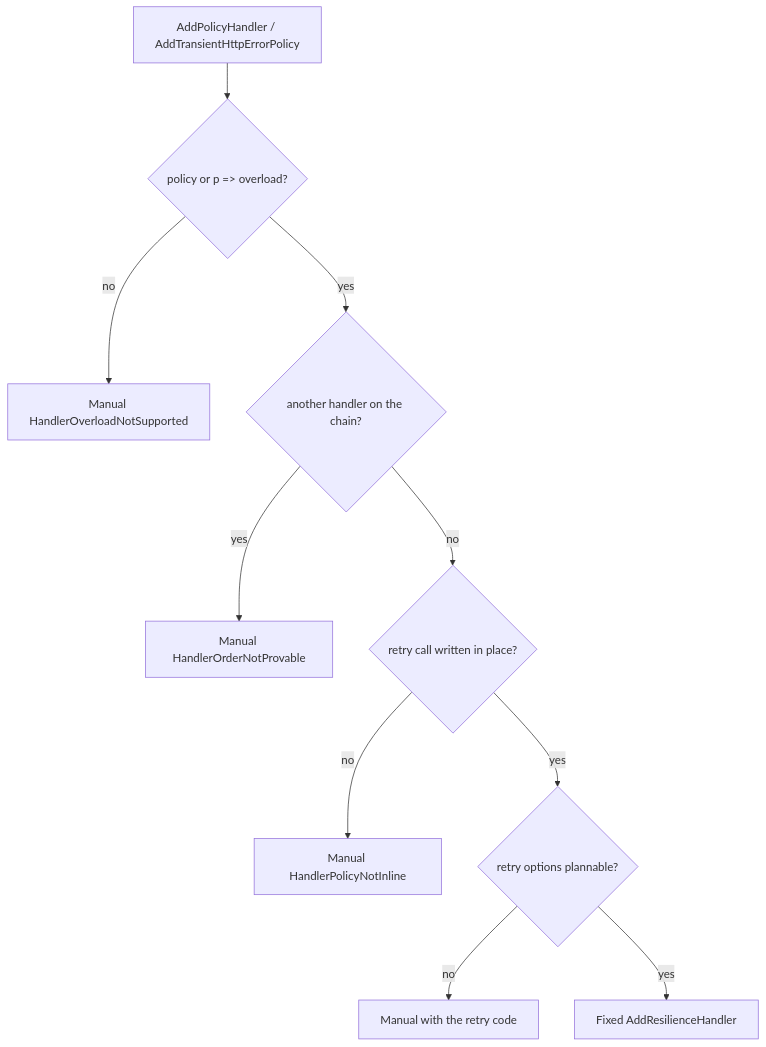
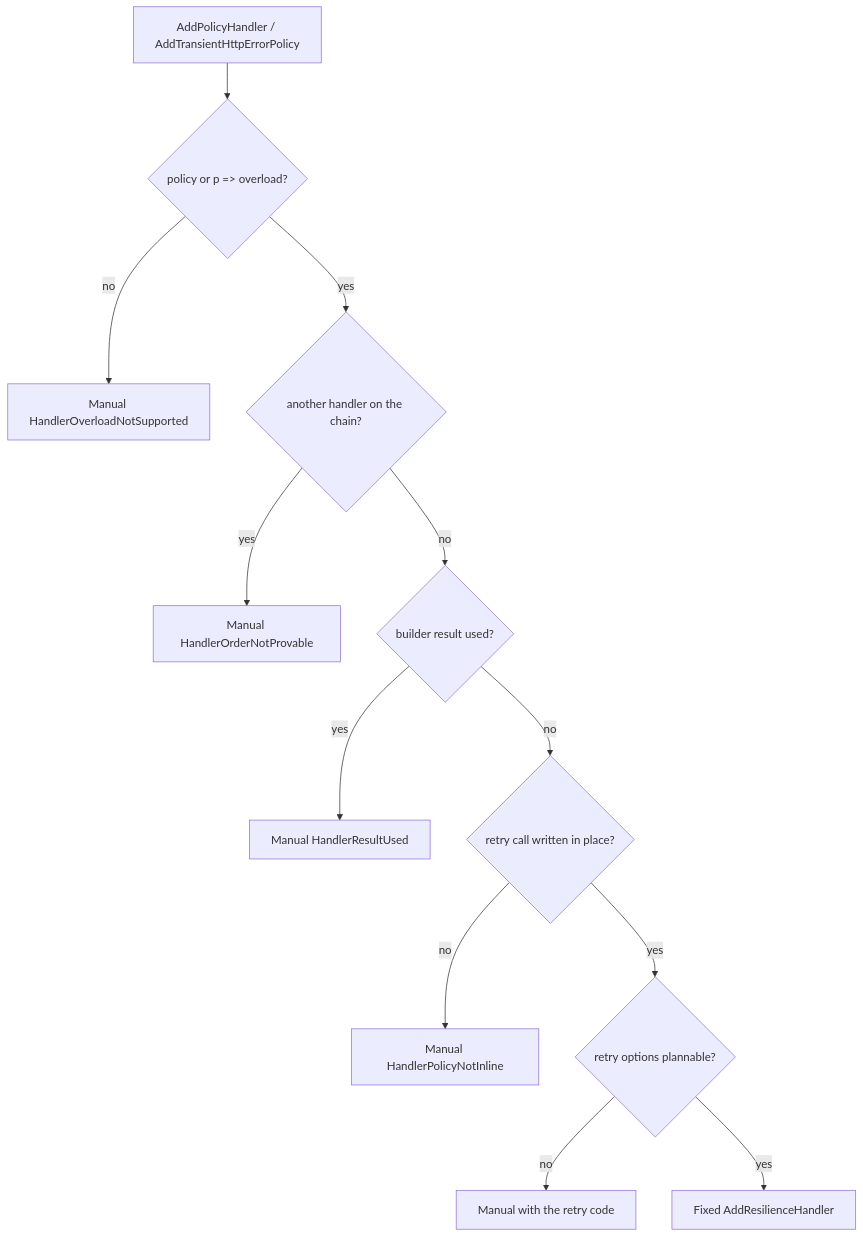
The third of 3 diagrams in docs/projectinfo/patterns/polly-add-policy-handler-modellen.md (ATkingma/unshackle), drawn with Mermaid before and after one commit. The commit also changed other lines of this file and 9 other files, not shown here.

Commit message:
Polly add-policy-handler: Manual HandlerResultUsed when the builder result is used (corpus B2)

````diff
--- a/docs/projectinfo/patterns/polly-add-policy-handler-modellen.md
+++ b/docs/projectinfo/patterns/polly-add-policy-handler-modellen.md
@@ -42,12 +42,14 @@
 ```mermaid
 flowchart TD
     A[AddPolicyHandler / AddTransientHttpErrorPolicy] --> B{policy or p => overload?}
     B -- no --> M1[Manual HandlerOverloadNotSupported]
     B -- yes --> C{another handler on the chain?}
     C -- yes --> M2[Manual HandlerOrderNotProvable]
-    C -- no --> D{retry call written in place?}
+    C -- no --> U{builder result used?}
+    U -- yes --> M5[Manual HandlerResultUsed]
+    U -- no --> D{retry call written in place?}
     D -- no --> M3[Manual HandlerPolicyNotInline]
     D -- yes --> E{retry options plannable?}
     E -- no --> M4[Manual with the retry code]
     E -- yes --> F[Fixed AddResilienceHandler]
 ```
````
